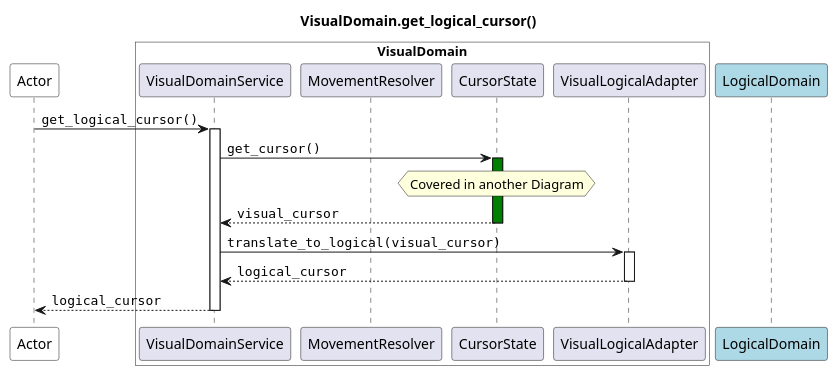
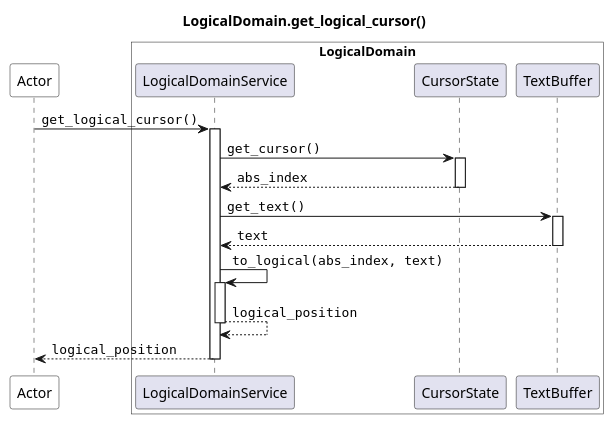
Before and after one commit to JoeRittiner/TextEngine: the diagram in docs/source/specs/architecture/diagrams/sequence/seq_get_cursor_logical.puml, drawn with PlantUML. The commit also changed 3 other files, not shown here.

Commit message:
doc: Update "Get Cursor" diagrams

```diff
--- a/docs/source/specs/architecture/diagrams/sequence/seq_get_cursor_logical.puml
+++ b/docs/source/specs/architecture/diagrams/sequence/seq_get_cursor_logical.puml
@@ -1,24 +1,25 @@
 @startuml
 
-title VisualDomain.get_logical_cursor()
+title LogicalDomain.get_logical_cursor()
 
 participant Actor as app #white
-box "VisualDomain" #white
-    participant VisualDomainService as VS
-    participant MovementResolver as MR
+box "LogicalDomain" #white
+    participant LogicalDomainService as LS
     participant CursorState as CS
-    participant VisualLogicalAdapter as VA
+    participant TextBuffer as TB
 end box
-participant LogicalDomain as LD #lightblue
 
-app -> VS : ""get_logical_cursor()""
-activate VS
-    VS -> CS : ""get_cursor()""
-    activate CS #green
-        hnote over CS : Covered in another Diagram
-        return ""visual_cursor""
-    VS -> VA : ""translate_to_logical(visual_cursor)""
-    activate VA
-        return ""logical_cursor""
-    return ""logical_cursor""
+app -> LS : ""get_logical_cursor()""
+activate LS
+    LS -> CS : ""get_cursor()""
+    activate CS
+        return ""abs_index""
+    LS -> TB : ""get_text()""
+    activate TB
+        return ""text""
+    LS -> LS : ""to_logical(abs_index, text)""
+    activate LS
+        return ""logical_position""
+    return ""logical_position""
+
 @enduml
```
